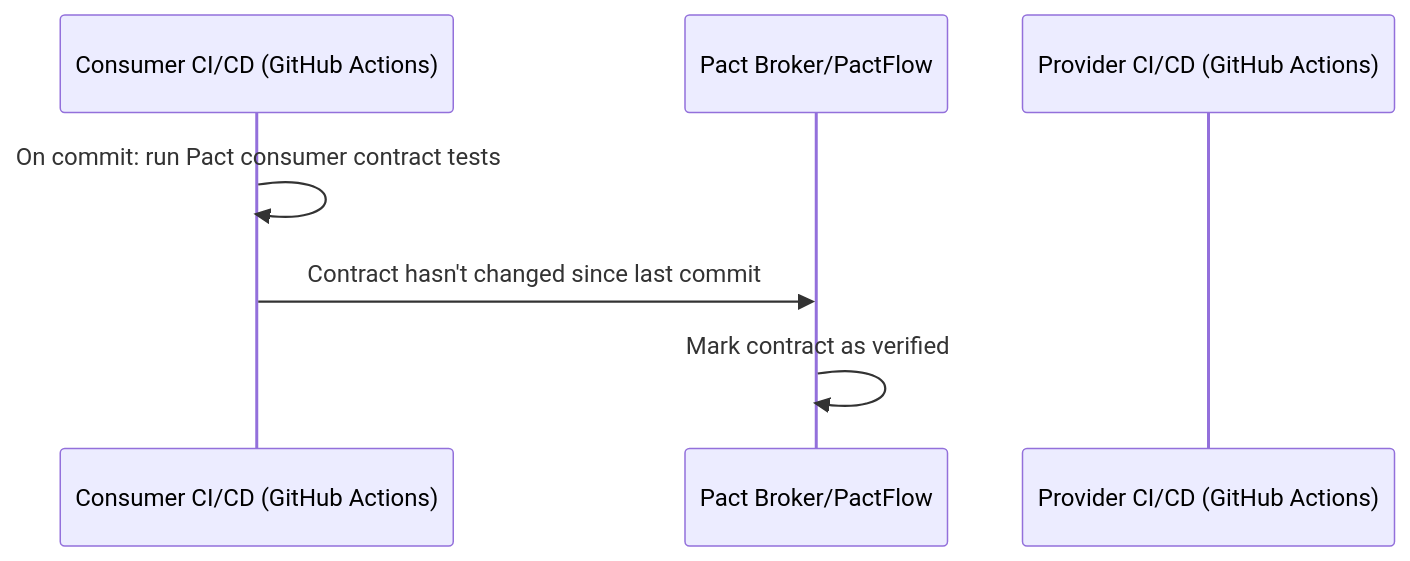
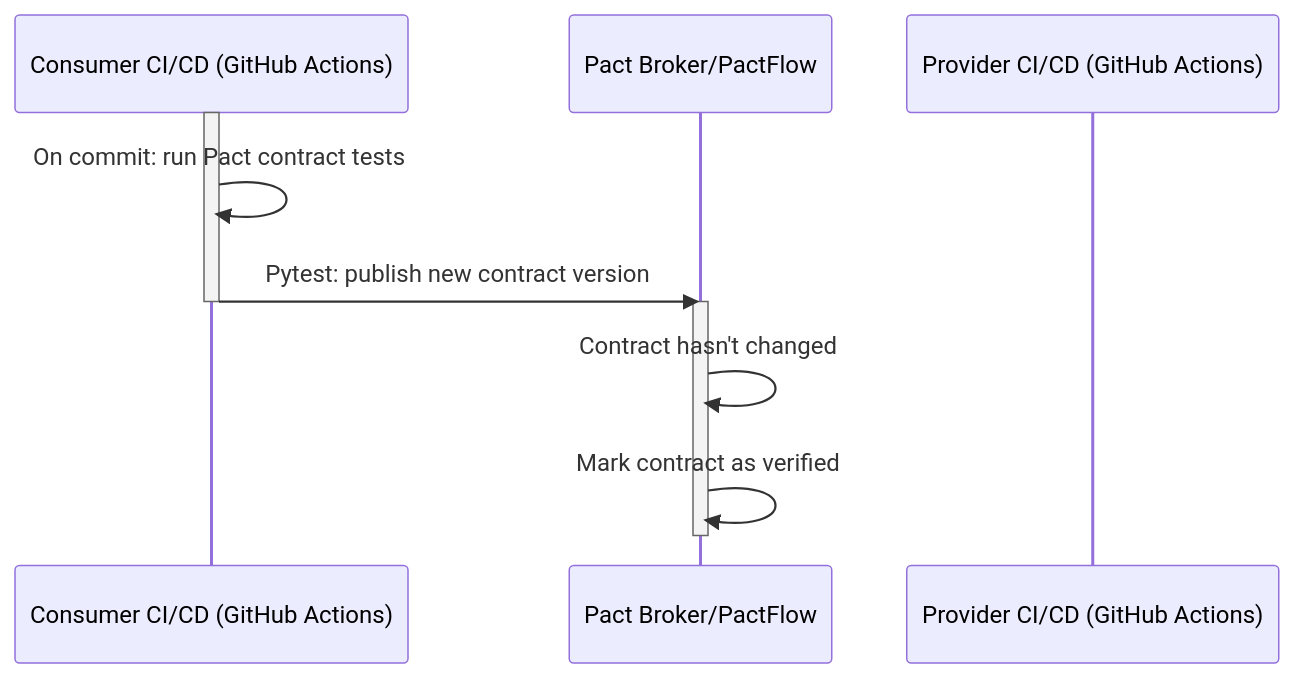
Before and after one commit to filipsnastins/consumer-driven-contract-testing-with-pact: the second of 4 diagrams in README.md, drawn with Mermaid. The commit also changed other lines of this file and 33 other files, not shown here.

Commit message:
feat: run consumer tests on provider contract change

````diff
--- a/README.md
+++ b/README.md
@@ -291,10 +310,16 @@
 ```mermaid
 sequenceDiagram
     participant Consumer as Consumer CI/CD (GitHub Actions)
     participant PactBroker as Pact Broker/PactFlow
     participant Provider as Provider CI/CD (GitHub Actions)
 
-    Consumer->>Consumer: On commit: run Pact consumer contract tests
-    Consumer->>PactBroker: Contract hasn't changed since last commit
+    activate Consumer
+    Consumer->>Consumer: On commit: run Pact contract tests
+    Consumer->>PactBroker: Pytest: publish new contract version
+    deactivate Consumer
+
+    activate PactBroker
+    PactBroker->>PactBroker: Contract hasn't changed
     PactBroker->>PactBroker: Mark contract as verified
+    deactivate PactBroker
 ```
````
